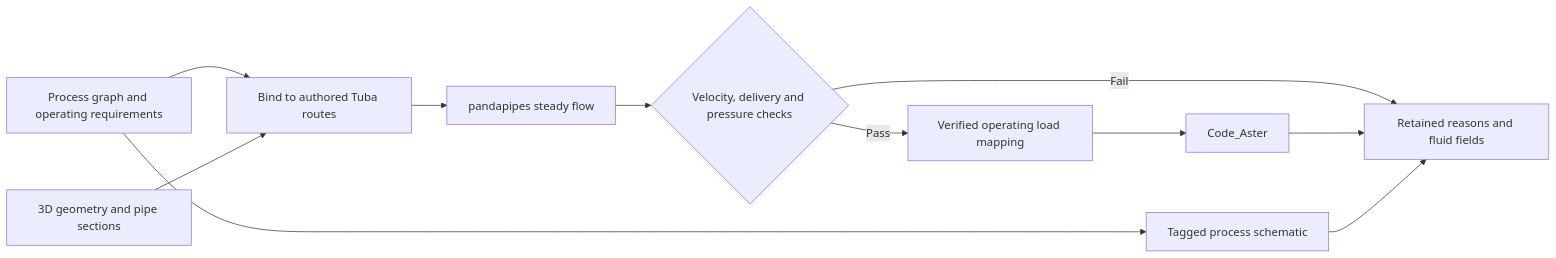
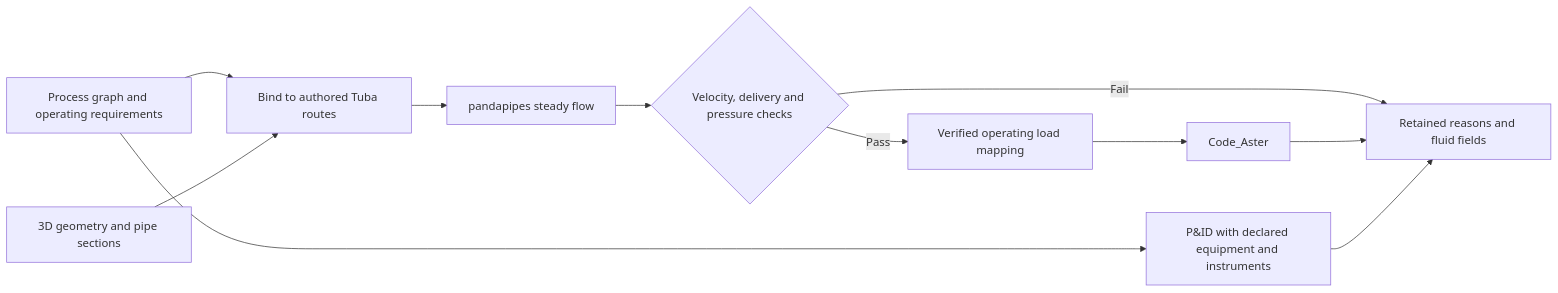
One commit to jgwagenfeld/Tuba_v4 changed the diagram in docs/content/process-networks.md. Above: the diagram before and after it, drawn with Mermaid. The commit also changed other lines of this file and 19 other files, not shown here.

Commit message:
Add graph-backed instrumented P&ID review with verified solver evidence

````diff
--- a/docs/content/process-networks.md
+++ b/docs/content/process-networks.md
@@ -9,13 +10,13 @@
 ```mermaid
 flowchart LR
     P[Process graph and operating requirements] --> B[Bind to authored Tuba routes]
-    P --> D[Tagged process schematic]
+    P --> D[P&ID with declared equipment and instruments]
     G[3D geometry and pipe sections] --> B
     B --> M[pandapipes steady flow]
     M --> C{Velocity, delivery and pressure checks}
     C -->|Fail| R[Retained reasons and fluid fields]
     C -->|Pass| L[Verified operating load mapping]
     L --> A[Code_Aster]
     A --> R
     D --> R
 ```
````
